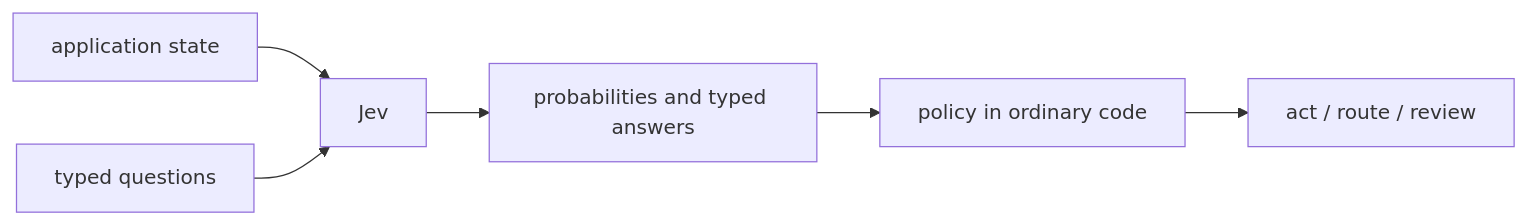
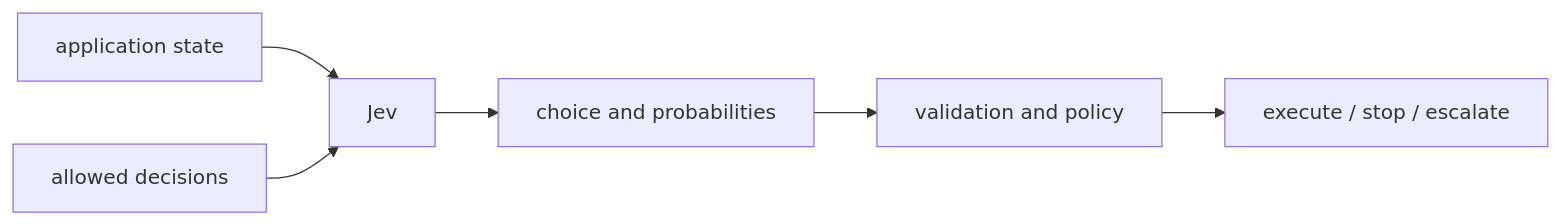
The first of 2 diagrams in src/content/blog/jev-doesnt-write-review-comments.mdx (manojlds/stacktoheap), drawn with Mermaid before and after one commit. The commit also changed other lines of this file and 1 other file, not shown here.

Commit message:
blog: focus Jev post on context engineering

````diff
--- a/src/content/blog/jev-doesnt-write-review-comments.mdx
+++ b/src/content/blog/jev-doesnt-write-review-comments.mdx
@@ -22,8 +41,8 @@
 ```mermaid
 flowchart LR
   State[application state] --> Jev[Jev]
-  Questions[typed questions] --> Jev
-  Jev --> Answers[probabilities and typed answers]
-  Answers --> Code[policy in ordinary code]
-  Code --> Action[act / route / review]
+  Options[allowed decisions] --> Jev
+  Jev --> Answer[choice and probabilities]
+  Answer --> Code[validation and policy]
+  Code --> Action[execute / stop / escalate]
 ```
````
